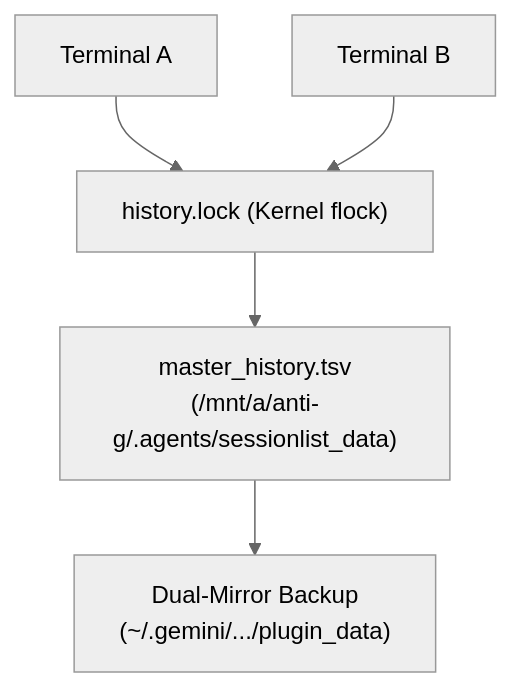
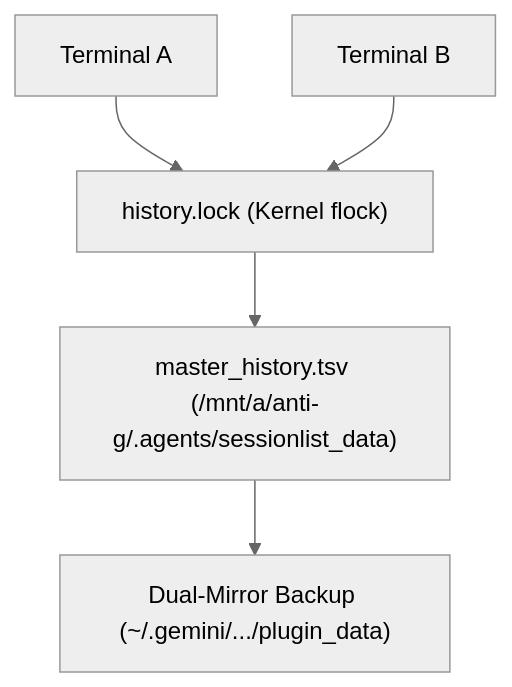
The second of 2 diagrams in README.md (AshraArc/-antigravity-chat-manager), drawn with Mermaid (neutral theme) before and after one commit. The commit also changed other lines of this file and 4 other files, not shown here.

````diff
--- a/README.md
+++ b/README.md
@@ -45,7 +123,7 @@
 ```mermaid
 flowchart TD
     T1["Terminal A"] --> LK["history.lock (Kernel flock)"]
     T2["Terminal B"] --> LK
-    LK --> TSV["master_history.tsv<br>(/mnt/a/anti-g/.agents/sessionlist_data)"]
-    TSV --> MIR["Dual-Mirror Backup<br>(~/.gemini/.../plugin_data)"]
+    LK --> TSV["master_history.tsv (/mnt/a/anti-g/.agents/sessionlist_data)"]
+    TSV --> MIR["Dual-Mirror Backup (~/.gemini/.../plugin_data)"]
 ```
````
